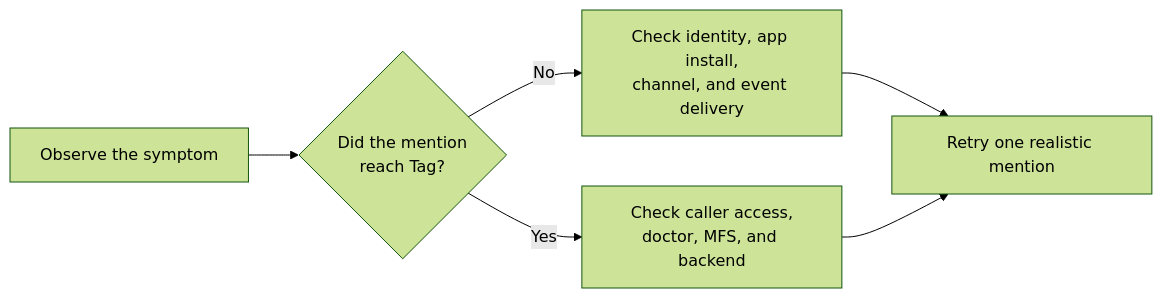
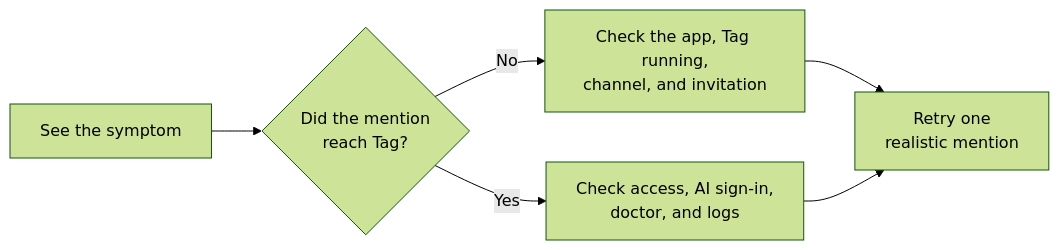
Before and after one commit to klovr-co/hover-tag: diagram 13 of 16 in docs/user-flows.md, drawn with Mermaid (forest theme). The commit also changed other lines of this file and 48 other files, not shown here.

````diff
--- a/docs/user-flows.md
+++ b/docs/user-flows.md
@@ -556,12 +490,12 @@
 ```mermaid
 flowchart LR
-    Symptom["Observe the symptom"]
+    Symptom["See the symptom"]
     Delivery{"Did the mention<br/>reach Tag?"}
-    Slack["Check identity, app install,<br/>channel, and event delivery"]
-    Runtime["Check caller access,<br/>doctor, MFS, and backend"]
-    Verify["Retry one realistic mention"]
+    Slack["Check the app, Tag running,<br/>channel, and invitation"]
+    Runtime["Check access, AI sign-in,<br/>doctor, and logs"]
+    Verify["Retry one<br/>realistic mention"]
 
     Symptom --> Delivery
     Delivery -->|No| Slack --> Verify
     Delivery -->|Yes| Runtime --> Verify
 ```
````
